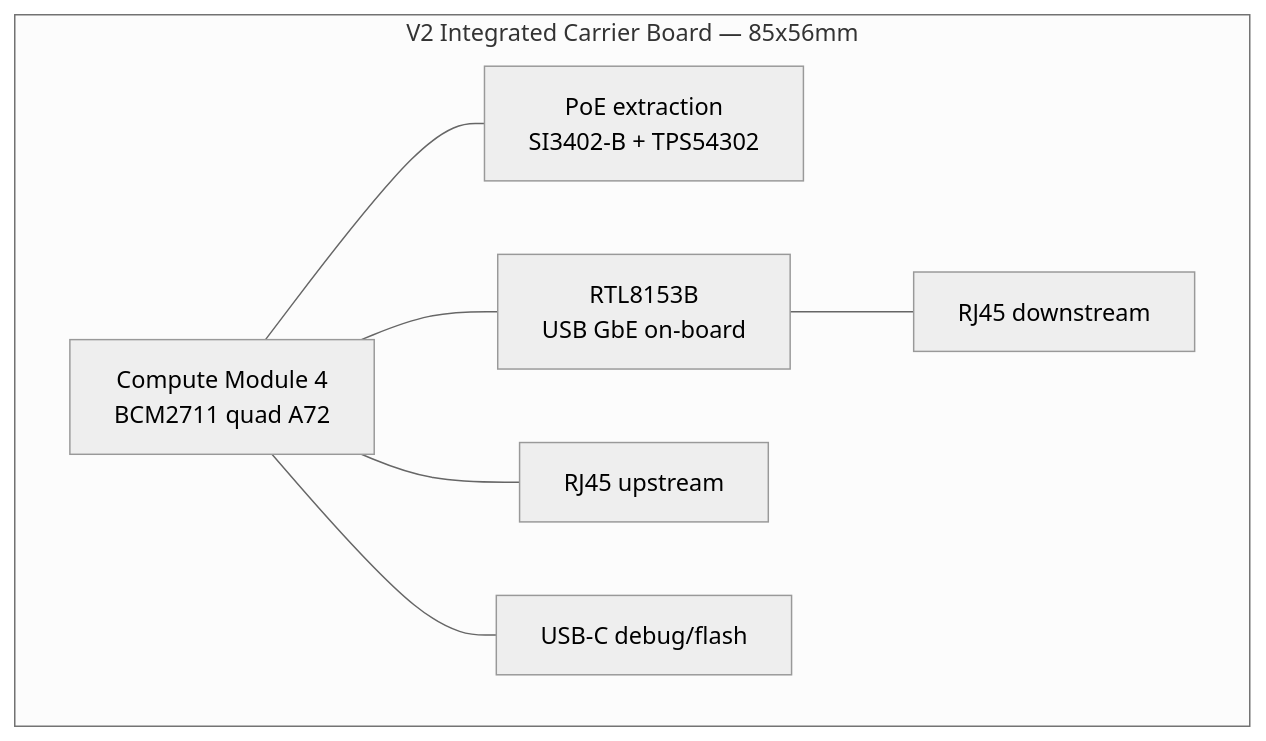
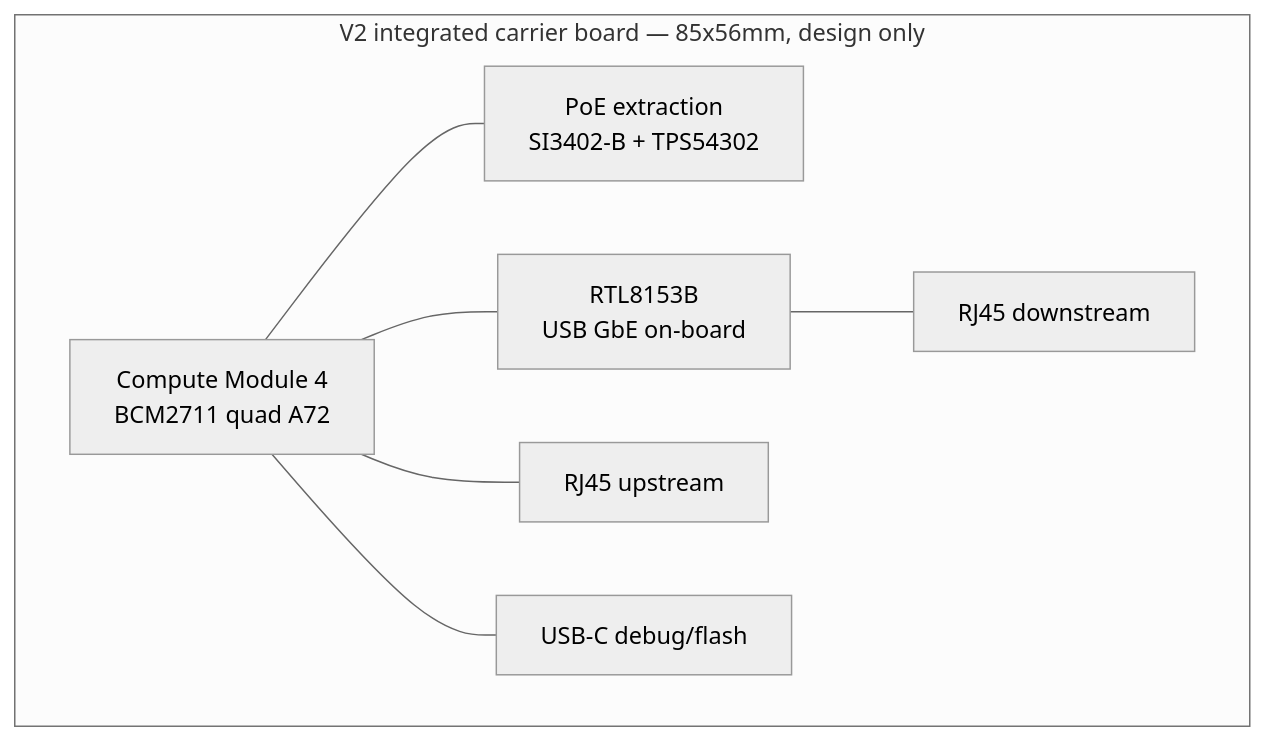
The third of 10 diagrams in _posts/2026-07-21-trashpandapaws-network-implant.md (BenjiTrapp/benjitrapp.github.io), drawn with Mermaid (neutral theme) before and after one commit. The commit also changed other lines of this file and 1 other file, not shown here.

```diff
--- a/_posts/2026-07-21-trashpandapaws-network-implant.md
+++ b/_posts/2026-07-21-trashpandapaws-network-implant.md
@@ -73,16 +115,16 @@
 <pre class="mermaid">
 graph TB
-    subgraph V2["V2 Integrated Carrier Board — 85x56mm"]
+    subgraph V2["V2 integrated carrier board — 85x56mm, design only"]
         CM4["Compute Module 4\nBCM2711 quad A72"]
         POE2["PoE extraction\nSI3402-B + TPS54302"]
         GBE2["RTL8153B\nUSB GbE on-board"]
         RJ1["RJ45 upstream"]
         RJ2["RJ45 downstream"]
         USB["USB-C debug/flash"]
         CM4 --- POE2
         CM4 --- GBE2
         GBE2 --- RJ2
         CM4 --- RJ1
         CM4 --- USB
     end
 </pre>
```
